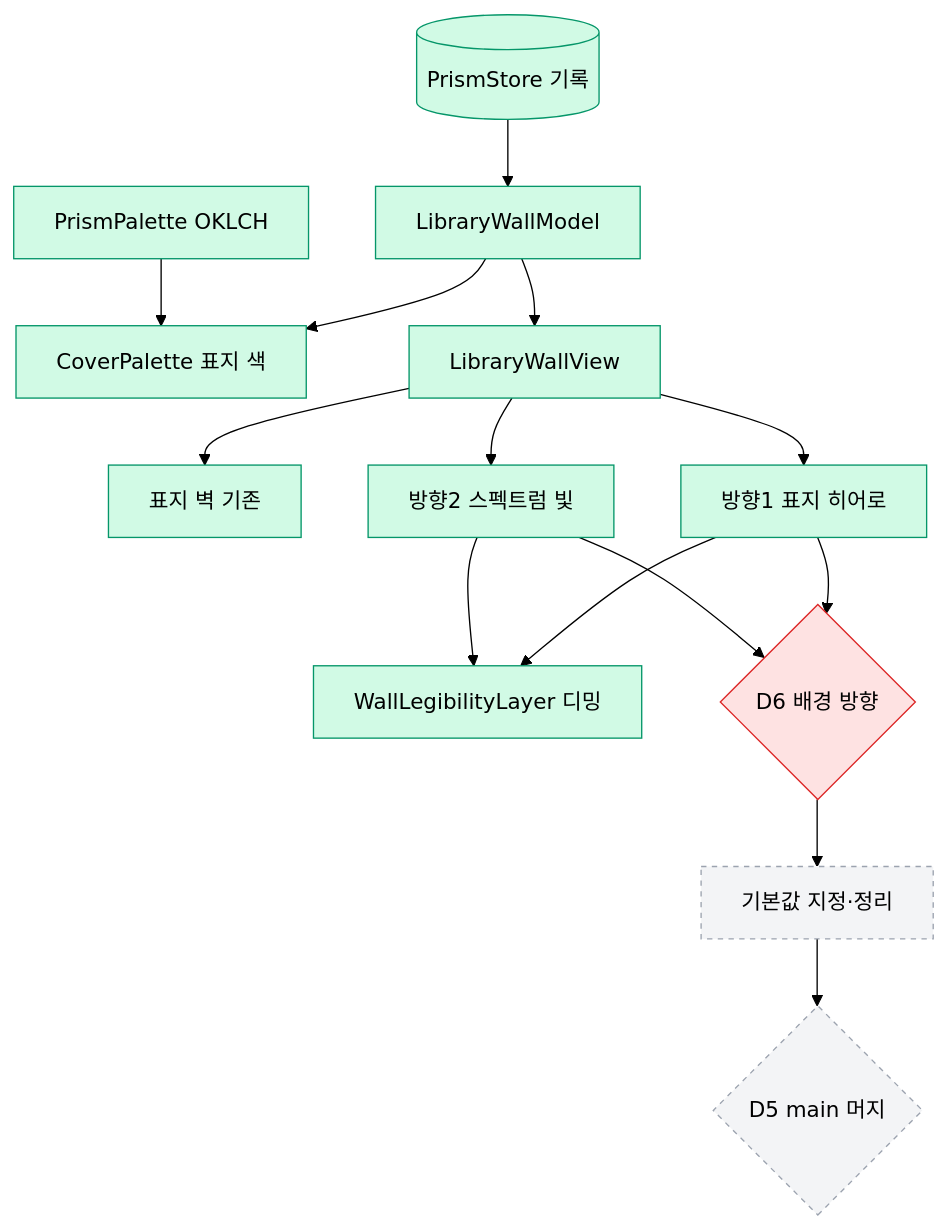
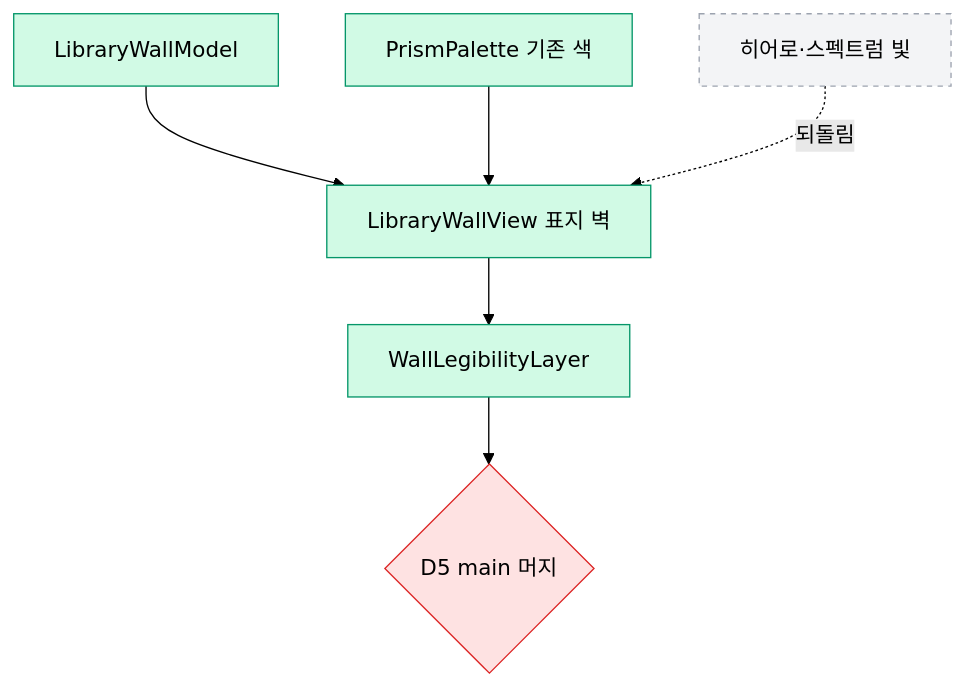
Before and after one commit to Nedian0Brien/PrismLog: the diagram in .sitrep/sessions/20261117-2250-ios-v2-phase0/arch.mmd, drawn with Mermaid (forest theme). The commit also changed 17 other files, not shown here.

First line of the commit message:
revert(ios): 배경 두 방향과 OKLCH 포인트 색 되돌림

```diff
--- a/.sitrep/sessions/20261117-2250-ios-v2-phase0/arch.mmd
+++ b/.sitrep/sessions/20261117-2250-ios-v2-phase0/arch.mmd
@@ -1,29 +1,15 @@
 flowchart TD
-  REC[(PrismStore 기록)]:::done
   MODEL[LibraryWallModel]:::done
-  PAL[CoverPalette 표지 색]:::done
-  ACC[PrismPalette OKLCH]:::done
-  VIEW[LibraryWallView]:::done
-  COV[표지 벽 기존]:::done
-  FEAT[방향1 표지 히어로]:::done
-  SPEC[방향2 스펙트럼 빛]:::done
-  LEG[WallLegibilityLayer 디밍]:::done
-  D6{D6 배경 방향}:::decide
-  CLEAN[기본값 지정·정리]:::todo
-  D5{D5 main 머지}:::todo
-  REC --> MODEL
-  MODEL --> PAL
-  MODEL --> VIEW
-  ACC --> PAL
-  VIEW --> COV
-  VIEW --> FEAT
-  VIEW --> SPEC
-  FEAT --> LEG
-  SPEC --> LEG
-  FEAT --> D6
-  SPEC --> D6
-  D6 --> CLEAN --> D5
+  VIEW[LibraryWallView 표지 벽]:::done
+  LEG[WallLegibilityLayer]:::done
+  PAL[PrismPalette 기존 색]:::done
+  ALT[히어로·스펙트럼 빛]:::todo
+  D5{D5 main 머지}:::decide
+  MODEL --> VIEW --> LEG
+  PAL --> VIEW
+  ALT -. 되돌림 .-> VIEW
+  LEG --> D5
   classDef done fill:#d1fae5,stroke:#059669
   classDef doing fill:#fef3c7,stroke:#d97706
   classDef decide fill:#fee2e2,stroke:#dc2626
   classDef todo fill:#f3f4f6,stroke:#9ca3af,stroke-dasharray:4
```
